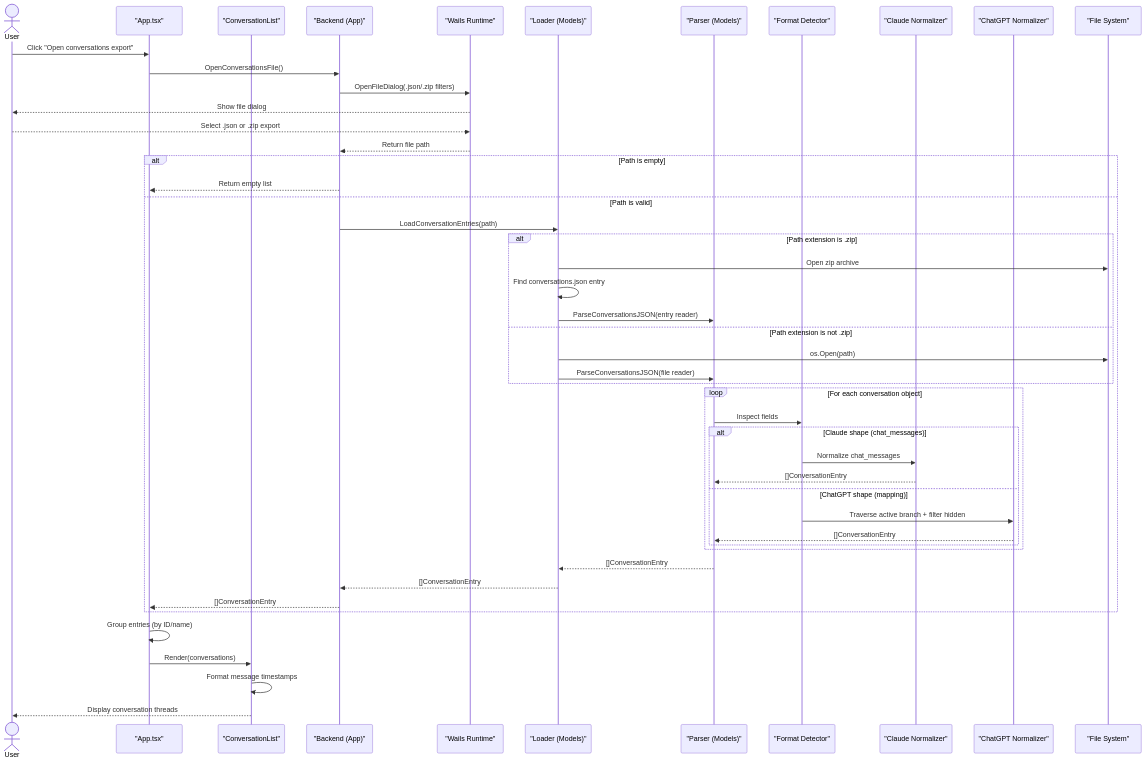
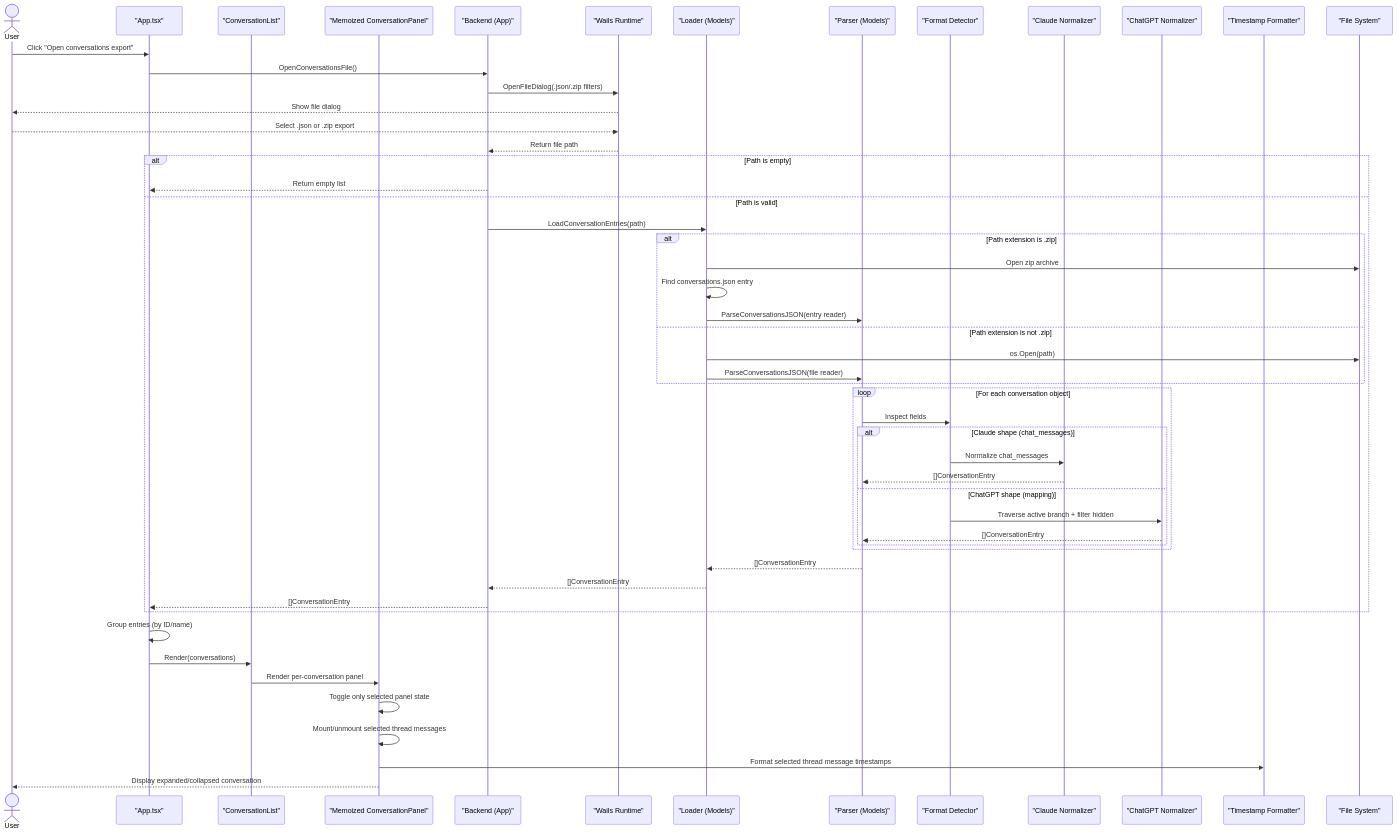
One commit to johnpfeiffer/chat-explorer changed the second of 2 diagrams in docs/architecture.md. Above: the diagram before and after it, drawn with Mermaid. The commit also changed other lines of this file and 3 other files, not shown here.

````diff
--- a/docs/architecture.md
+++ b/docs/architecture.md
@@ -155,53 +160,58 @@
 ```mermaid
 sequenceDiagram
     actor User
     participant UI as "App.tsx"
     participant List as "ConversationList"
+    participant Panel as "Memoized ConversationPanel"
     participant Backend as "Backend (App)"
     participant Runtime as "Wails Runtime"
     participant Loader as "Loader (Models)"
     participant Parser as "Parser (Models)"
     participant Detect as "Format Detector"
     participant Claude as "Claude Normalizer"
     participant ChatGPT as "ChatGPT Normalizer"
+    participant Utils as "Timestamp Formatter"
     participant FS as "File System"
 
     User->>UI: Click "Open conversations export"
     UI->>Backend: OpenConversationsFile()
     Backend->>Runtime: OpenFileDialog(.json/.zip filters)
     Runtime-->>User: Show file dialog
     User-->>Runtime: Select .json or .zip export
     Runtime-->>Backend: Return file path
 
     alt Path is empty
         Backend-->>UI: Return empty list
     else Path is valid
         Backend->>Loader: LoadConversationEntries(path)
         alt Path extension is .zip
             Loader->>FS: Open zip archive
             Loader->>Loader: Find conversations.json entry
             Loader->>Parser: ParseConversationsJSON(entry reader)
         else Path extension is not .zip
             Loader->>FS: os.Open(path)
             Loader->>Parser: ParseConversationsJSON(file reader)
         end
         loop For each conversation object
             Parser->>Detect: Inspect fields
             alt Claude shape (chat_messages)
                 Detect->>Claude: Normalize chat_messages
                 Claude-->>Parser: []ConversationEntry
             else ChatGPT shape (mapping)
                 Detect->>ChatGPT: Traverse active branch + filter hidden
                 ChatGPT-->>Parser: []ConversationEntry
             end
         end
         Parser-->>Loader: []ConversationEntry
         Loader-->>Backend: []ConversationEntry
         Backend-->>UI: []ConversationEntry
     end
 
     UI->>UI: Group entries (by ID/name)
     UI->>List: Render(conversations)
-    List->>List: Format message timestamps
-    List-->>User: Display conversation threads
+    List->>Panel: Render per-conversation panel
+    Panel->>Panel: Toggle only selected panel state
+    Panel->>Panel: Mount/unmount selected thread messages
+    Panel->>Utils: Format selected thread message timestamps
+    Panel-->>User: Display expanded/collapsed conversation
 ```
````
